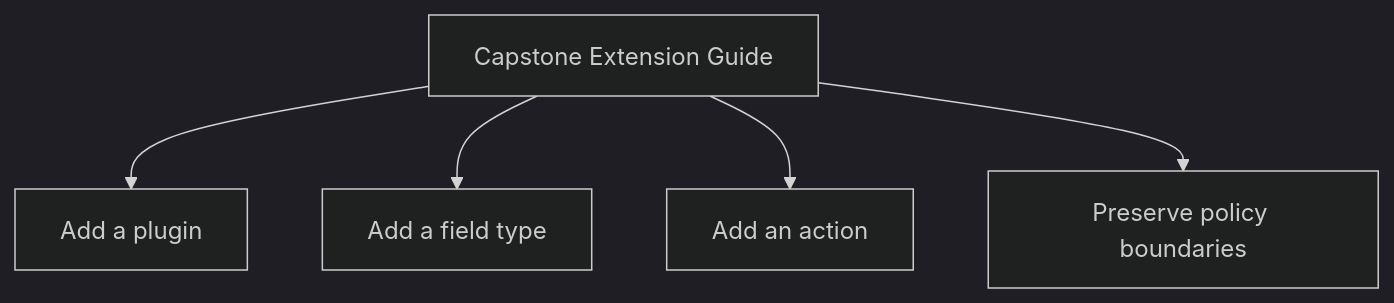
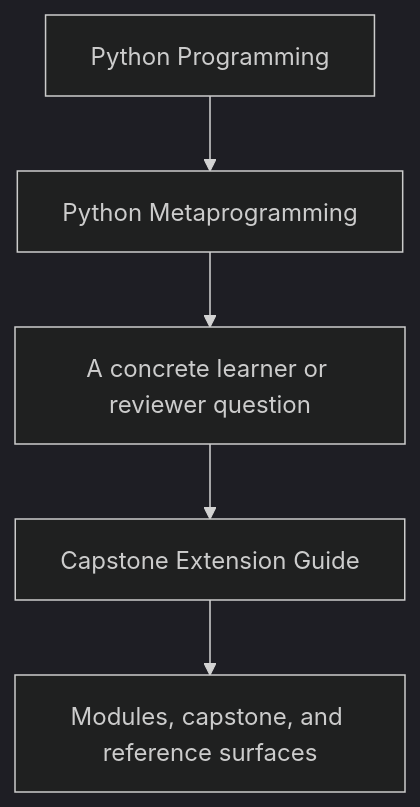
The first of 2 diagrams in programs/python-programming/python-meta-programming/course-book/guides/capstone-extension-guide.md (bijux/bijux-masterclass), drawn with Mermaid (dark theme) before and after one commit. The commit also changed other lines of this file and 15 other files, not shown here.

Commit message:
docs(python-meta-programming): sharpen guide and reference diagrams

````diff
--- a/programs/python-programming/python-meta-programming/course-book/guides/capstone-extension-guide.md
+++ b/programs/python-programming/python-meta-programming/course-book/guides/capstone-extension-guide.md
@@ -6,13 +6,7 @@
 ```mermaid
-graph TD
-  guide["Capstone Extension Guide"]
-  plugin["Add a plugin"]
-  field["Add a field type"]
-  action["Add an action"]
-  policy["Preserve policy boundaries"]
-
-  guide --> plugin
-  guide --> field
-  guide --> action
-  guide --> policy
+flowchart TD
+  family["Python Programming"] --> program["Python Metaprogramming"]
+  program --> pressure["A concrete learner or reviewer question"]
+  pressure --> guide["Capstone Extension Guide"]
+  guide --> next["Modules, capstone, and reference surfaces"]
 ```
````
